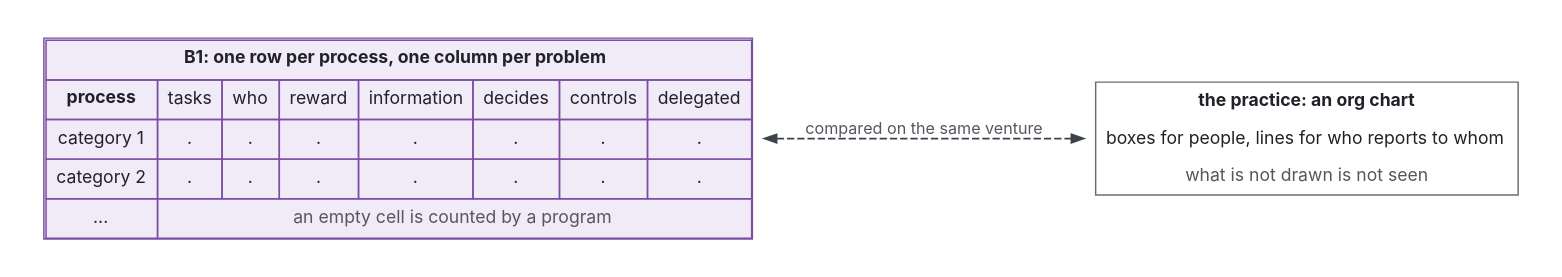
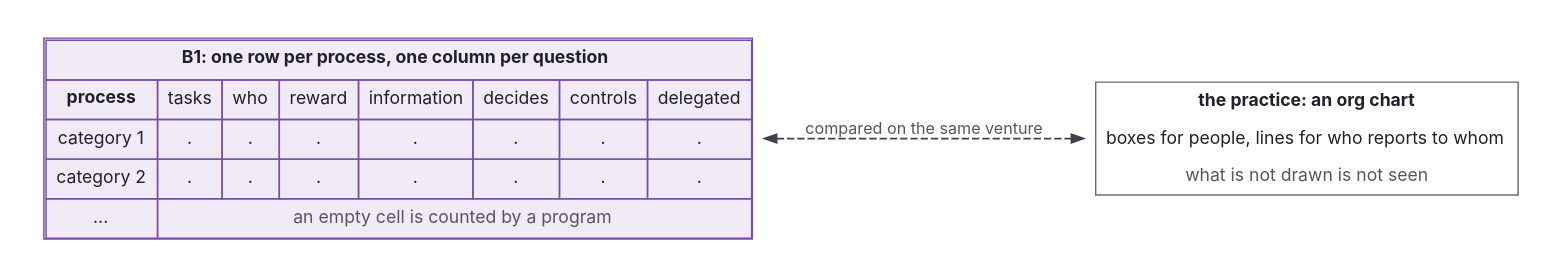
The diagram in evidence/organisation-design/baseline.md (Tewf/business-organization-design), drawn with Graphviz before and after one commit. The commit also changed 12 other files, not shown here.

````diff
--- a/evidence/organisation-design/baseline.md
+++ b/evidence/organisation-design/baseline.md
@@ -14,21 +14,21 @@
 ```dot
 // B1 against the practice. Colours: purple for this repository's baseline, grey for the practice it is compared with.
 digraph b1 {
   graph [rankdir=LR, nodesep=0.5, ranksep=0.7, bgcolor="white", pad=0.2, fontname="Inter"];
   node  [shape=plaintext, fontname="Inter", fontsize=12, fontcolor="#1F2328"];
   edge  [fontname="Inter", fontsize=11, color="#3D434B", fontcolor="#55575F", penwidth=1.3, arrowsize=0.8];
   B1 [label=<<table border="1" cellborder="1" cellspacing="0" cellpadding="6" color="#7A4FA3" bgcolor="#F1EAF7">
-    <tr><td colspan="8"><b>B1: one row per process, one column per problem</b></td></tr>
+    <tr><td colspan="8"><b>B1: one row per process, one column per question</b></td></tr>
     <tr><td><b>process</b></td><td>tasks</td><td>who</td><td>reward</td><td>information</td><td>decides</td><td>controls</td><td>delegated</td></tr>
     <tr><td>category 1</td><td>.</td><td>.</td><td>.</td><td>.</td><td>.</td><td>.</td><td>.</td></tr>
     <tr><td>category 2</td><td>.</td><td>.</td><td>.</td><td>.</td><td>.</td><td>.</td><td>.</td></tr>
     <tr><td>...</td><td colspan="7"><font color="#55575F">an empty cell is counted by a program</font></td></tr>
   </table>>];
   OC [label=<<table border="1" cellborder="0" cellspacing="0" cellpadding="6" color="#6A6D77" bgcolor="#FFFFFF">
     <tr><td><b>the practice: an org chart</b></td></tr>
     <tr><td>boxes for people, lines for who reports to whom</td></tr>
     <tr><td><font color="#55575F">what is not drawn is not seen</font></td></tr>
   </table>>];
   B1 -> OC [label=" compared on the same venture", dir=both, style=dashed];
 }
 ```
````
